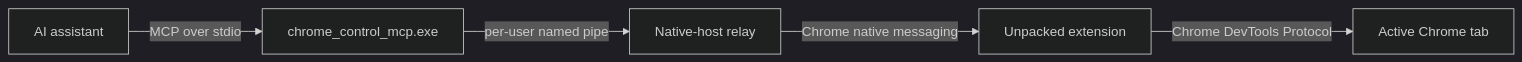
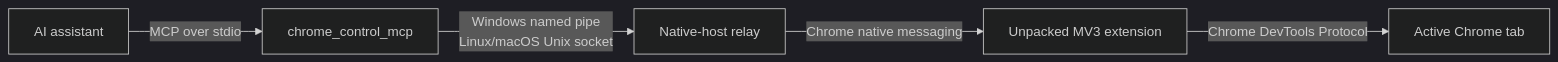
The diagram in README.md (RandyNorthrup/chrome-control-mcp), drawn with Mermaid (dark theme) before and after one commit. The commit also changed other lines of this file and 16 other files, not shown here.

````diff
--- a/README.md
+++ b/README.md
@@ -105,7 +119,7 @@
 ```mermaid
 flowchart LR
-    A[AI assistant] -->|MCP over stdio| B[chrome_control_mcp.exe]
-    B -->|per-user named pipe| C[Native-host relay]
-    C -->|Chrome native messaging| D[Unpacked extension]
+    A[AI assistant] -->|MCP over stdio| B[chrome_control_mcp]
+    B -->|Windows named pipe<br/>Linux/macOS Unix socket| C[Native-host relay]
+    C -->|Chrome native messaging| D[Unpacked MV3 extension]
     D -->|Chrome DevTools Protocol| E[Active Chrome tab]
 ```
````
